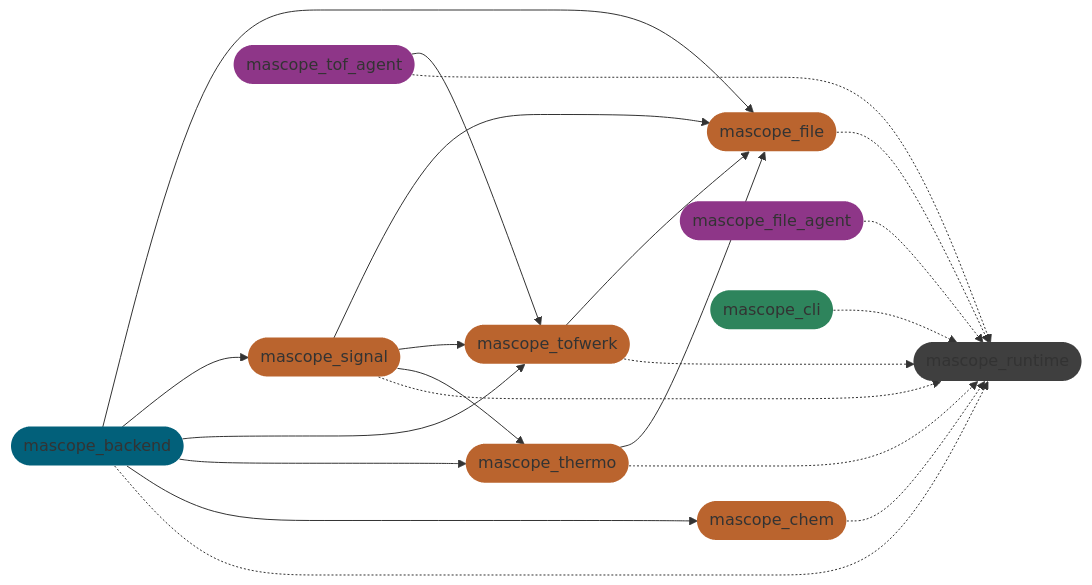
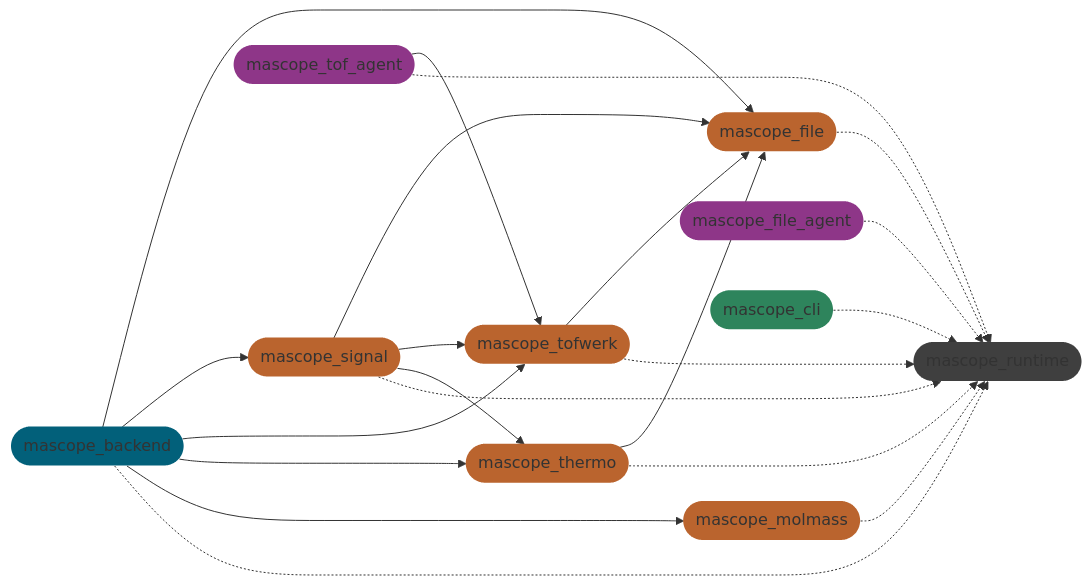
The third of 3 diagrams in README.md (karsa-oy/mascope), drawn with Mermaid before and after one commit. The commit also changed other lines of this file and 1 other file, not shown here.

````diff
--- a/README.md
+++ b/README.md
@@ -1676,57 +1681,57 @@
 ```mermaid
 flowchart LR
     backend([mascope_backend])
-    chem([mascope_chem])
+    molmass([mascope_molmass])
     signal([mascope_signal])
     file([mascope_file])
     tofwerk([mascope_tofwerk])
     thermo([mascope_thermo])
     runtime([mascope_runtime])
     file_agent([mascope_file_agent])
     tof_agent([mascope_tof_agent])
     cli([mascope_cli])
 
     classDef library fill:#ba642e,stroke-width: 0;
-    class chem,signal,file,tofwerk,thermo library;
+    class molmass,signal,file,tofwerk,thermo library;
 
     classDef service fill:#02607a,stroke-width: 0;
     class backend service;
 
     classDef agent fill:#8e3688,stroke-width: 0;
     class tof_agent,file_agent agent;
 
     classDef cli fill:#2e845c,stroke-width: 0;
     class cli cli;
 
     classDef runtime fill:#3f3f3f,stroke-width: 0;
     class runtime runtime;
 
     %% services
     backend --> file
     backend --> signal
     backend --> tofwerk
     backend --> thermo
-    backend --> chem
+    backend --> molmass
 
     %% libraries
     thermo --> file
     tofwerk --> file
     signal --> file
     signal --> tofwerk
     signal --> thermo
 
     %% agents
     tof_agent --> tofwerk
 
     %% runtime
     backend -.-> runtime
     thermo -.-> runtime
     tofwerk -.-> runtime
-    chem -.-> runtime
+    molmass -.-> runtime
     file -.-> runtime
     signal -.-> runtime
     tof_agent -.-> runtime
     file_agent -.-> runtime
     cli -.-> runtime
 
 ```
````
